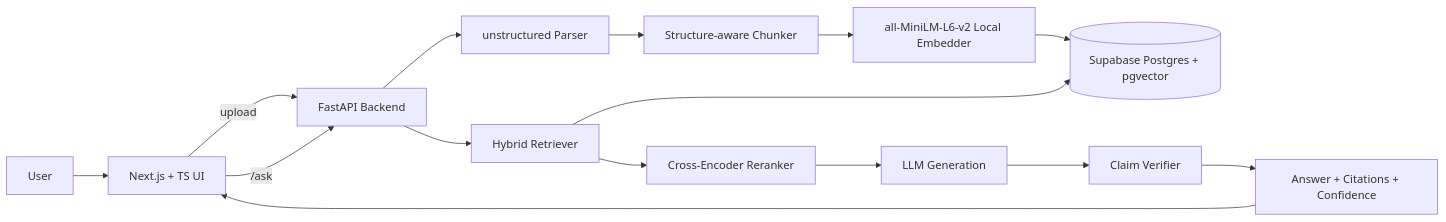
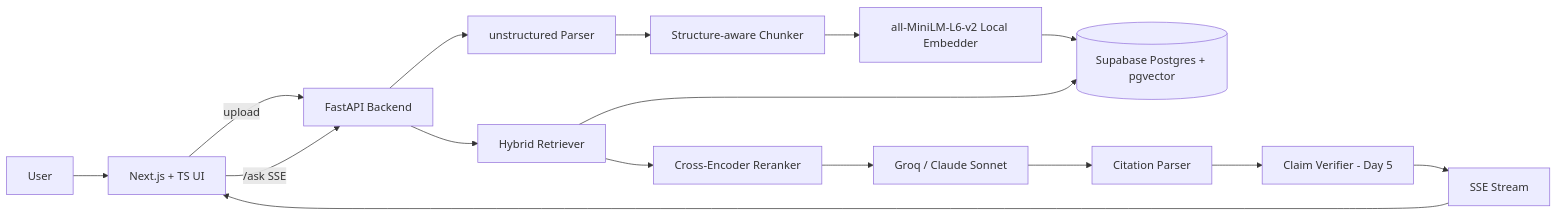
Before and after one commit to Utkarsh272/rag-grounded: the diagram in README.md, drawn with Mermaid. The commit also changed other lines of this file and 7 other files, not shown here.

Commit message:
Day 4: LLM answer generation with inline citation injection and SSE streaming

````diff
--- a/README.md
+++ b/README.md
@@ -22,17 +23,18 @@
 ```mermaid
 graph LR
     User[User] --> UI[Next.js + TS UI]
     UI -->|upload| API[FastAPI Backend]
-    UI -->|/ask| API
+    UI -->|/ask SSE| API
     API --> Parser[unstructured Parser]
     Parser --> Chunker[Structure-aware Chunker]
     Chunker --> Embedder[all-MiniLM-L6-v2 Local Embedder]
     Embedder --> PG[(Supabase Postgres + pgvector)]
     API --> Retriever[Hybrid Retriever]
     Retriever --> PG
     Retriever --> Reranker[Cross-Encoder Reranker]
-    Reranker --> LLM[LLM Generation]
-    LLM --> Verifier[Claim Verifier]
-    Verifier --> Response[Answer + Citations + Confidence]
-    Response --> UI
+    Reranker --> LLM[Groq / Claude Sonnet]
+    LLM --> CitParser[Citation Parser]
+    CitParser --> Verifier[Claim Verifier - Day 5]
+    Verifier --> SSE[SSE Stream]
+    SSE --> UI
 ```
````
